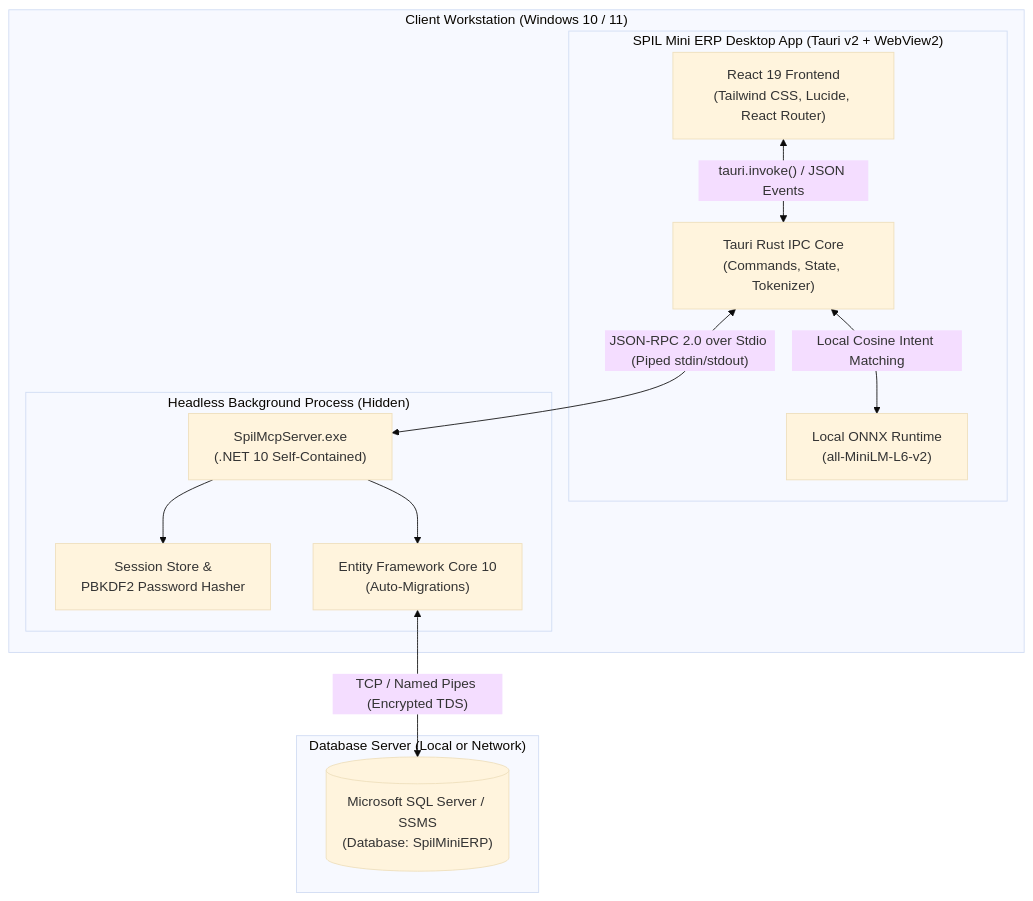
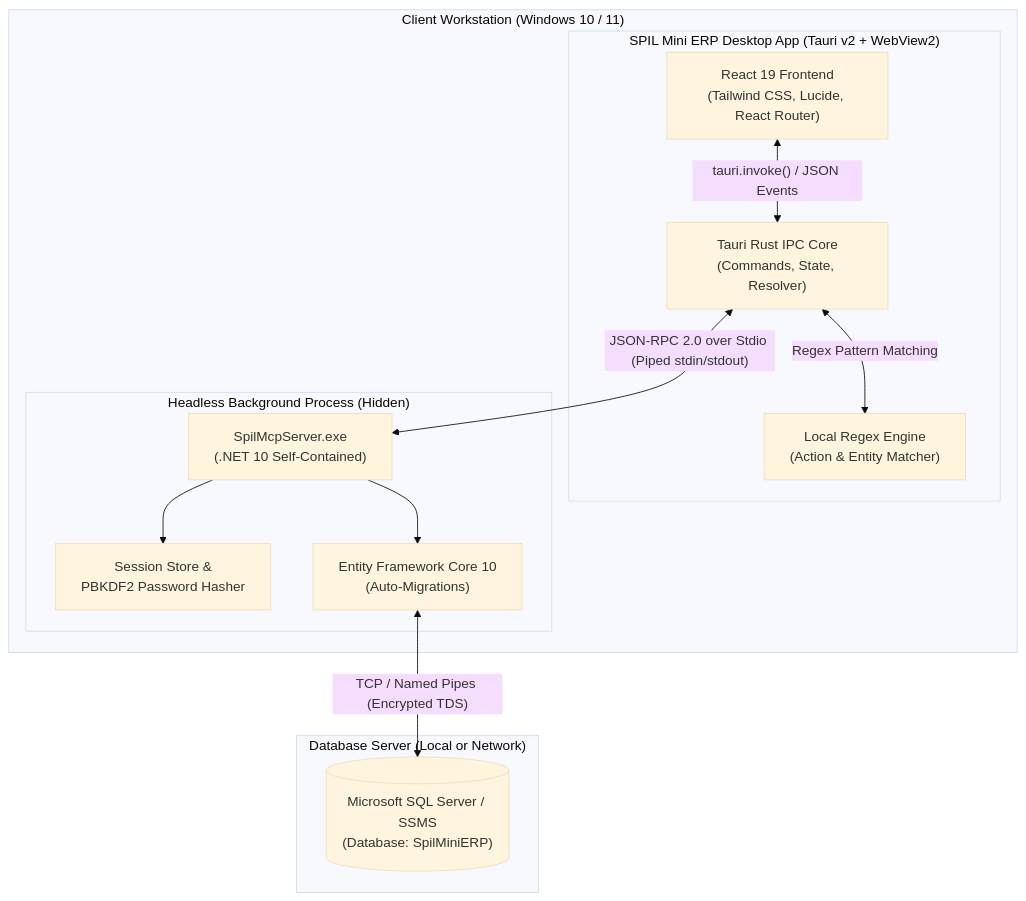
The first of 4 diagrams in README.md (atheeq01/erp-mcp-dotnet-tauri), drawn with Mermaid (base theme) before and after one commit. The commit also changed other lines of this file and 62 other files, not shown here.

First line of the commit message:
**refactor(intent): replace ONNX semantic engine with regex matcher and add customer details to orders**

````diff
--- a/README.md
+++ b/README.md
@@ -44,27 +44,27 @@
 ```mermaid
 flowchart TD
     subgraph ClientPC ["Client Workstation (Windows 10 / 11)"]
         subgraph TauriApp ["SPIL Mini ERP Desktop App (Tauri v2 + WebView2)"]
             UI["React 19 Frontend<br/>(Tailwind CSS, Lucide, React Router)"]
-            IPC["Tauri Rust IPC Core<br/>(Commands, State, Tokenizer)"]
-            ONNX["Local ONNX Runtime<br/>(all-MiniLM-L6-v2)"]
+            IPC["Tauri Rust IPC Core<br/>(Commands, State, Resolver)"]
+            RegexEngine["Local Regex Engine<br/>(Action & Entity Matcher)"]
         end
 
         subgraph BackgroundDaemon ["Headless Background Process (Hidden)"]
             MCP["SpilMcpServer.exe<br/>(.NET 10 Self-Contained)"]
             AuthMod["Session Store &<br/>PBKDF2 Password Hasher"]
             EFCore["Entity Framework Core 10<br/>(Auto-Migrations)"]
         end
     end
 
     subgraph DatabaseLayer ["Database Server (Local or Network)"]
         SQLServer[("Microsoft SQL Server / SSMS<br/>(Database: SpilMiniERP)")]
     end
 
     UI <--> |"tauri.invoke() / JSON Events"| IPC
-    IPC <--> |"Local Cosine Intent Matching"| ONNX
+    IPC <--> |"Regex Pattern Matching"| RegexEngine
     IPC <--> |"JSON-RPC 2.0 over Stdio (Piped stdin/stdout)"| MCP
     MCP --> AuthMod
     MCP --> EFCore
     EFCore <--> |"TCP / Named Pipes (Encrypted TDS)"| SQLServer
 ```
````
